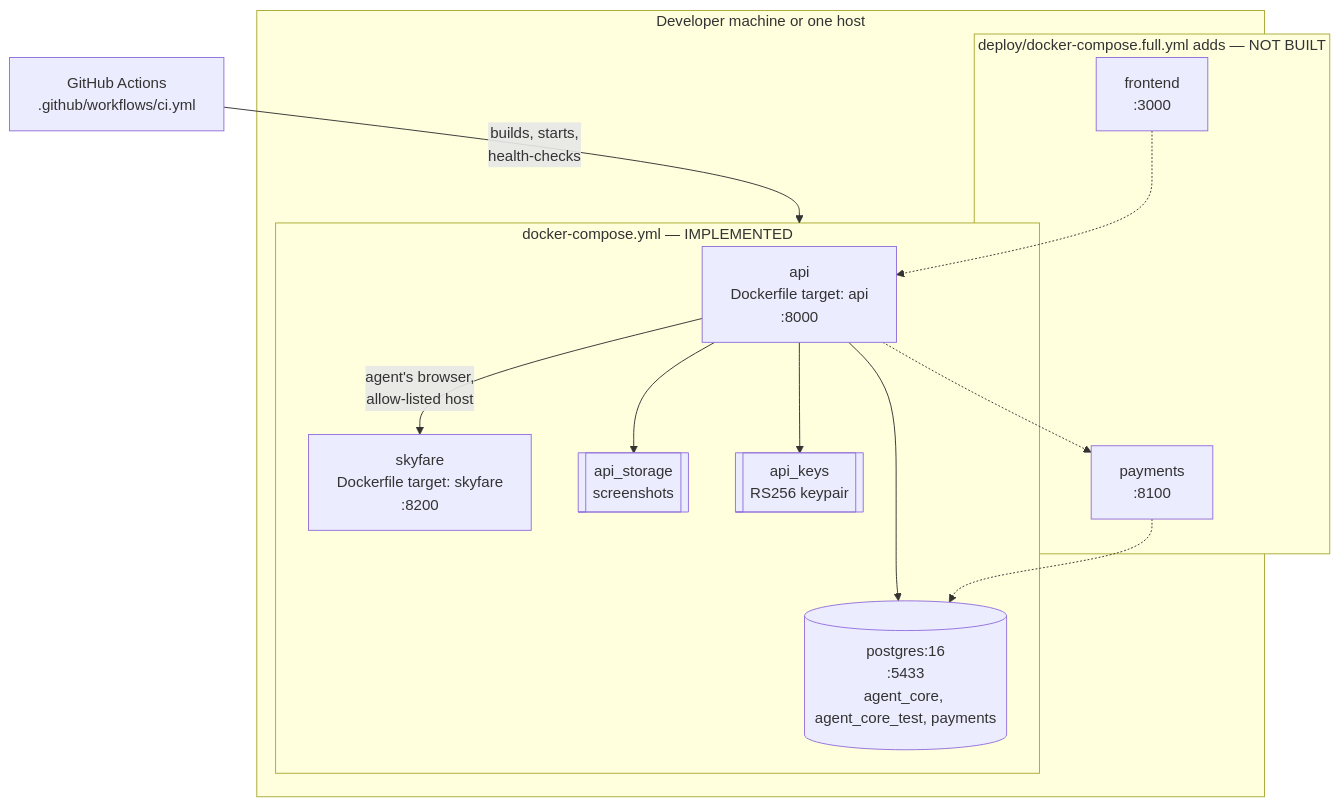
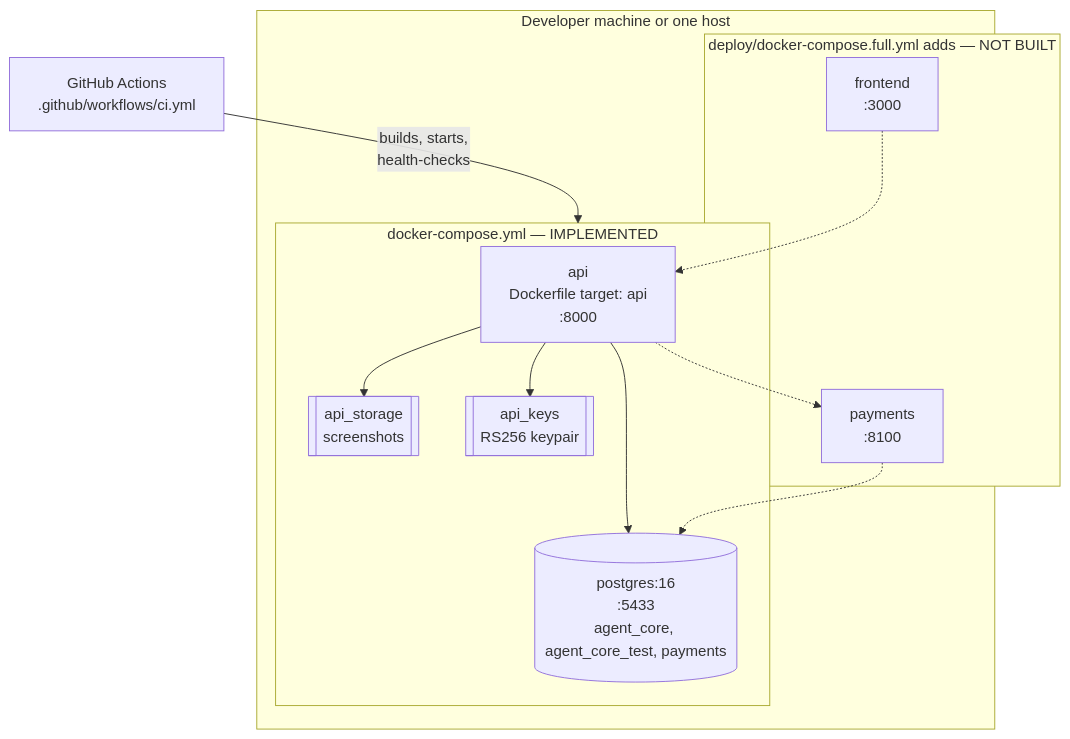
Before and after one commit to Abhishek9639/browser-agent-backend: the fifth of 5 diagrams in docs/architecture.md, drawn with Mermaid. The commit also changed other lines of this file and 34 other files, not shown here.

````diff
--- a/docs/architecture.md
+++ b/docs/architecture.md
@@ -246,28 +246,26 @@
 ```mermaid
 graph TB
     subgraph host["Developer machine or one host"]
         subgraph compose["docker-compose.yml &mdash; IMPLEMENTED"]
             apic["api<br/>Dockerfile target: api<br/>:8000"]
-            sky["skyfare<br/>Dockerfile target: skyfare<br/>:8200"]
             pg[("postgres:16<br/>:5433<br/>agent_core, agent_core_test, payments")]
             vol1[["api_storage<br/>screenshots"]]
             vol2[["api_keys<br/>RS256 keypair"]]
         end
 
         subgraph full["deploy/docker-compose.full.yml adds &mdash; NOT BUILT"]
             fe["frontend<br/>:3000"]
             pay["payments<br/>:8100"]
         end
     end
 
     ci["GitHub Actions<br/>.github/workflows/ci.yml"]
 
     apic --> pg
     apic --> vol1
     apic --> vol2
-    apic -->|"agent's browser,<br/>allow-listed host"| sky
     fe -.-> apic
     apic -.-> pay
     pay -.-> pg
     ci -->|"builds, starts,<br/>health-checks"| compose
 ```
````
